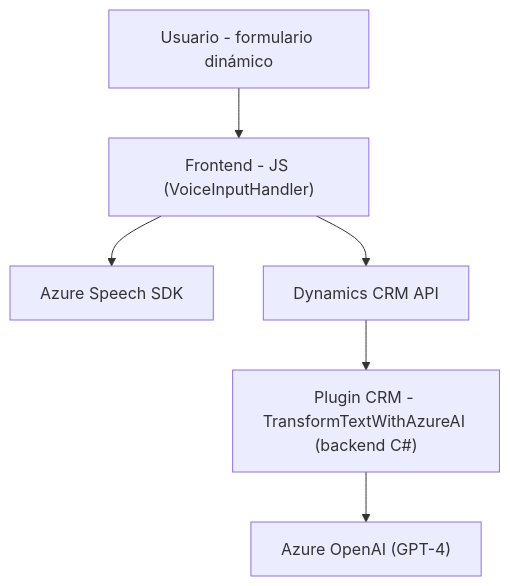
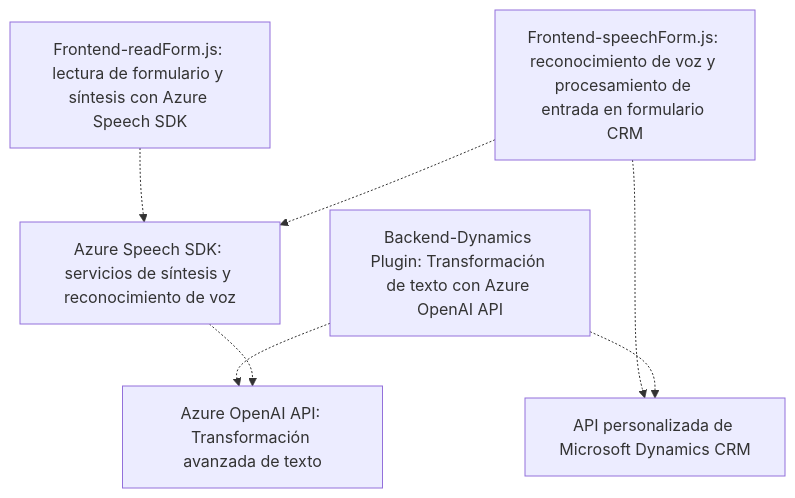
One commit to blopezdm/NETCORE_BILBAO2025 changed the diagram in README.md. Above: the diagram before and after it, drawn with Mermaid. The commit also changed other lines of this file, not shown here.

Commit message:
Actualizar análisis global de la solución con IA

````diff
--- a/README.md
+++ b/README.md
@@ -43,15 +30,16 @@
 ```mermaid
 graph TD
-    A["Usuario - formulario dinámico"]
-    B["Frontend - JS (VoiceInputHandler)"]
-    C["Azure Speech SDK"]
-    D["Plugin CRM - TransformTextWithAzureAI (backend C#)"]
-    E["Dynamics CRM API"]
-    F["Azure OpenAI (GPT-4)"]
-    
-    A --> B
-    B --> C
-    B --> E
-    E --> D
-    D --> F
+    A["Frontend-readForm.js: lectura de formulario y síntesis con Azure Speech SDK"]
+    B["Frontend-speechForm.js: reconocimiento de voz y procesamiento de entrada en formulario CRM"]
+    C["Backend-Dynamics Plugin: Transformación de texto con Azure OpenAI API"]
+    D["Azure Speech SDK: servicios de síntesis y reconocimiento de voz"]
+    E["API personalizada de Microsoft Dynamics CRM"]
+    F["Azure OpenAI API: Transformación avanzada de texto"]
+
+    A -.-> D
+    B -.-> D
+    B -.-> E
+    C -.-> E
+    C -.-> F
+    D -.-> F
 ```
````
